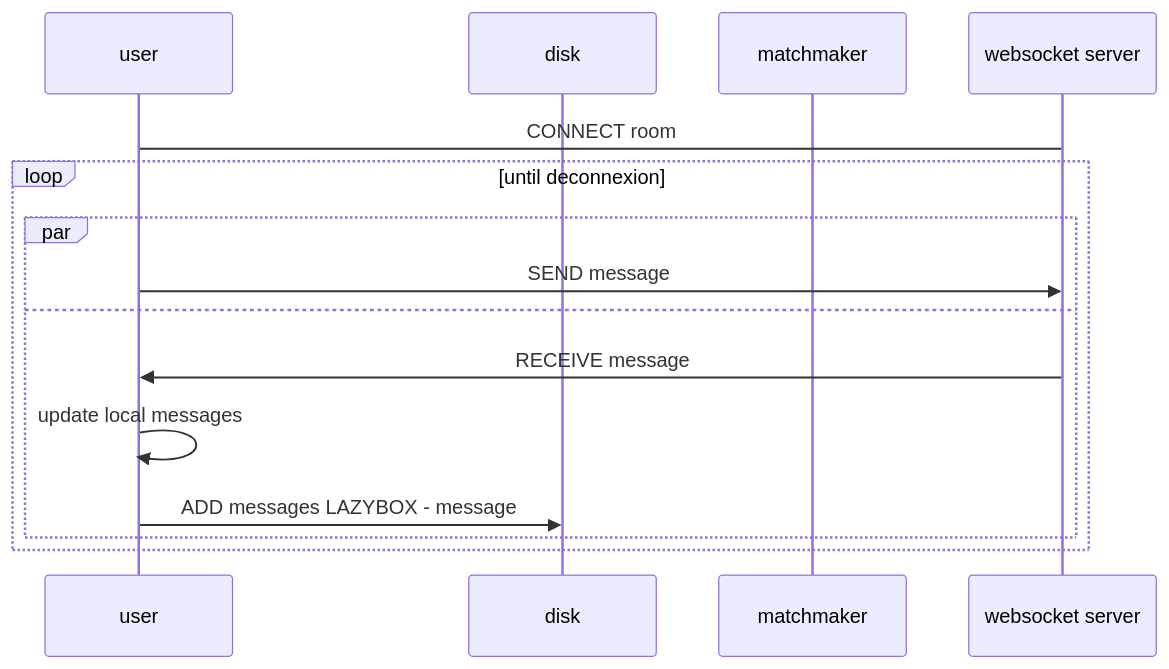
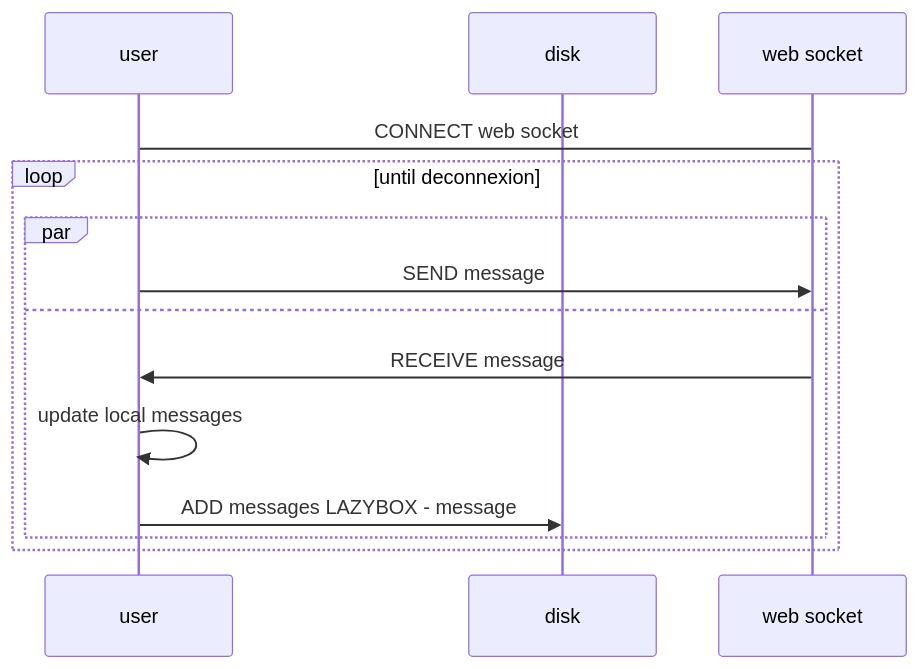
The fourth of 4 diagrams in README.md (AdrKacz/super-duper-guacamole), drawn with Mermaid before and after one commit. The commit also changed other lines of this file, not shown here.

````diff
--- a/README.md
+++ b/README.md
@@ -122,17 +117,16 @@
 ```mermaid
 sequenceDiagram
     participant u as user
     participant d as disk
-    participant m as matchmaker
-    participant w as websocket server
-    u -> w: CONNECT room
+    participant w as web socket
+    u -> w: CONNECT web socket
     loop until deconnexion
         par
             u ->> w: SEND message
         and
             w ->> u: RECEIVE message
             u ->> u: update local messages
             u ->> d: ADD messages LAZYBOX - message
         end
     end
 ```
````
